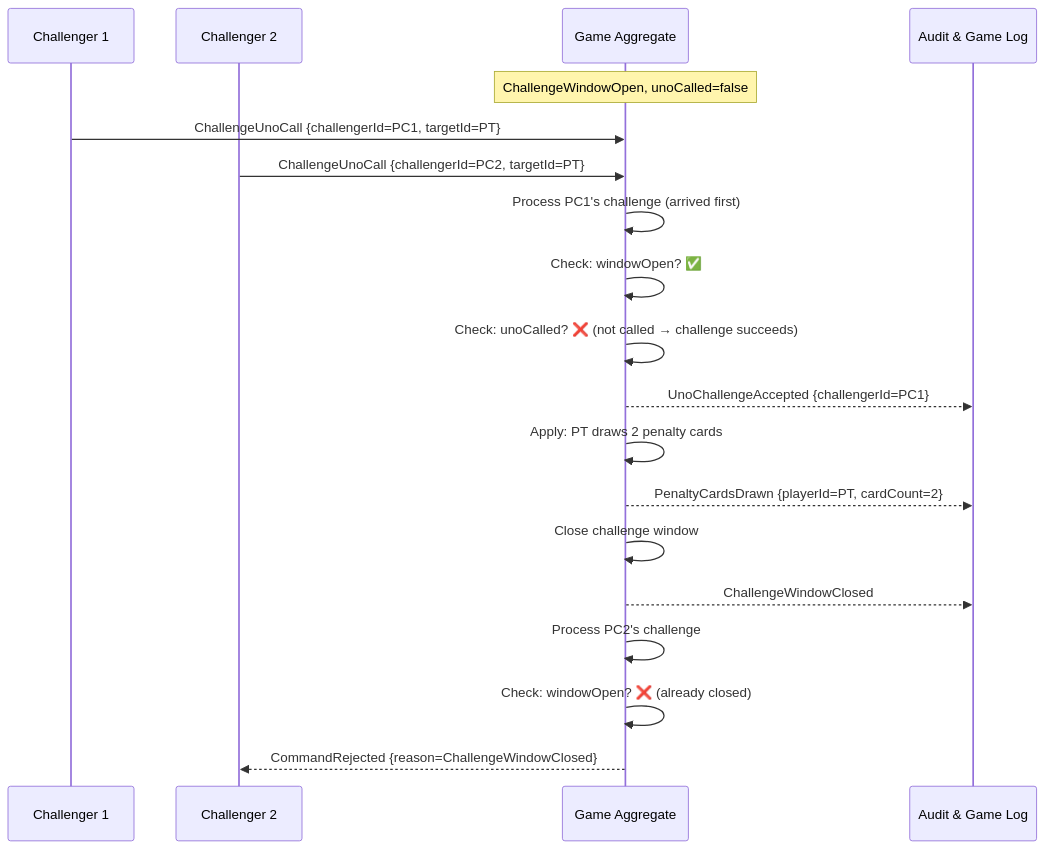
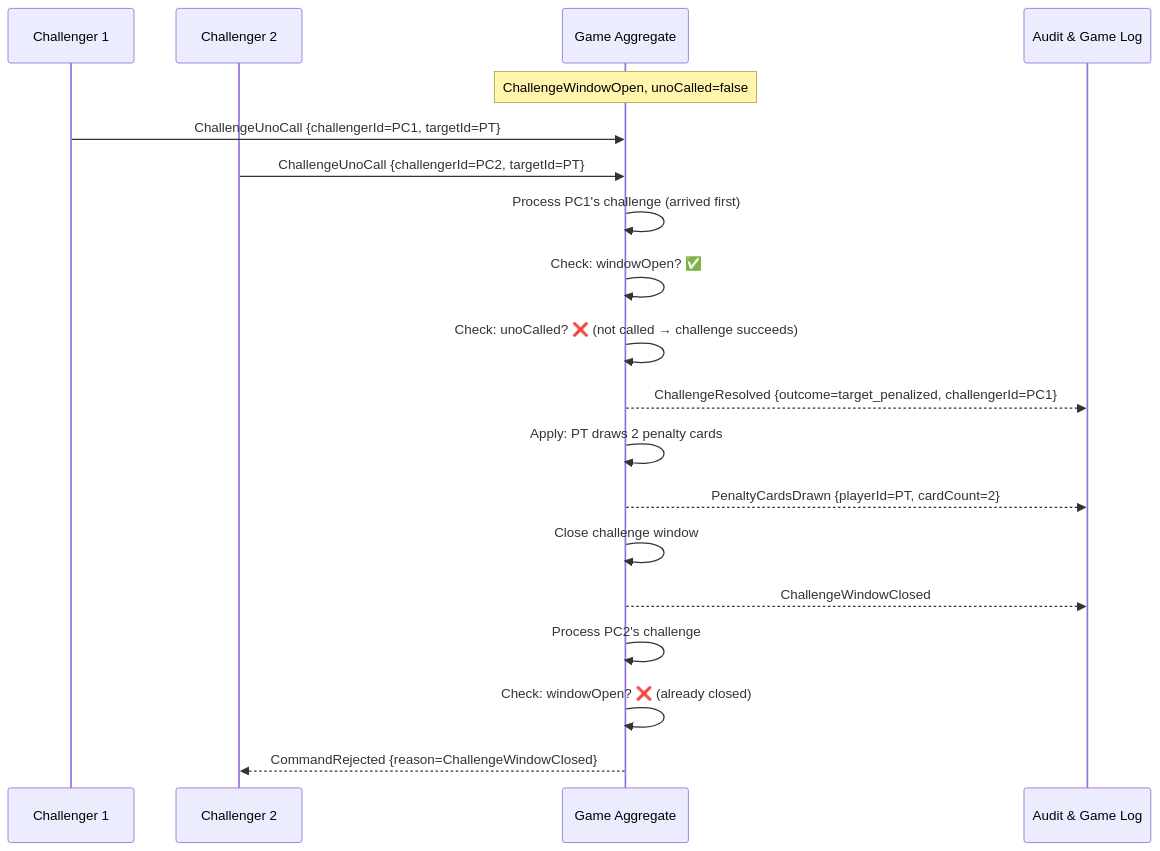
The third of 4 diagrams in spec/diagrams/concurrent-action-resolution.md (berni-245/UnoArena), drawn with Mermaid before and after one commit. The commit also changed other lines of this file and 16 other files, not shown here.

Commit message:
fix: reviewed and implemented the docs and diagrams files

````diff
--- a/spec/diagrams/concurrent-action-resolution.md
+++ b/spec/diagrams/concurrent-action-resolution.md
@@ -67,25 +64,25 @@
 ```mermaid
 sequenceDiagram
     participant PC1 as Challenger 1
     participant PC2 as Challenger 2
     participant GA as Game Aggregate
     participant AL as Audit & Game Log
 
     Note over GA: ChallengeWindowOpen, unoCalled=false
 
     PC1->>GA: ChallengeUnoCall {challengerId=PC1, targetId=PT}
     PC2->>GA: ChallengeUnoCall {challengerId=PC2, targetId=PT}
 
     GA->>GA: Process PC1's challenge (arrived first)
     GA->>GA: Check: windowOpen? ✅
     GA->>GA: Check: unoCalled? ❌ (not called → challenge succeeds)
-    GA-->>AL: UnoChallengeAccepted {challengerId=PC1}
+    GA-->>AL: ChallengeResolved {outcome=target_penalized, challengerId=PC1}
     GA->>GA: Apply: PT draws 2 penalty cards
     GA-->>AL: PenaltyCardsDrawn {playerId=PT, cardCount=2}
     GA->>GA: Close challenge window
     GA-->>AL: ChallengeWindowClosed
 
     GA->>GA: Process PC2's challenge
     GA->>GA: Check: windowOpen? ❌ (already closed)
     GA-->>PC2: CommandRejected {reason=ChallengeWindowClosed}
 ```
````
